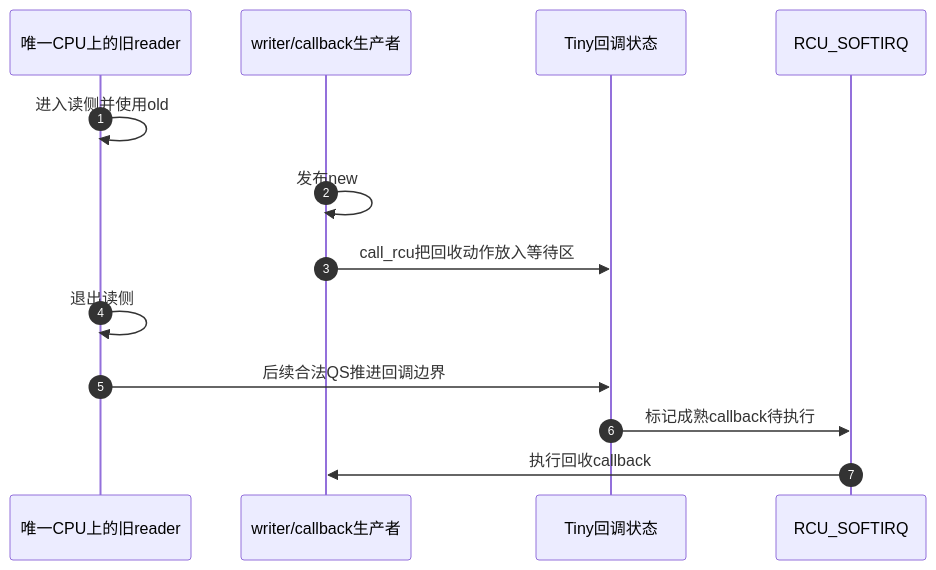
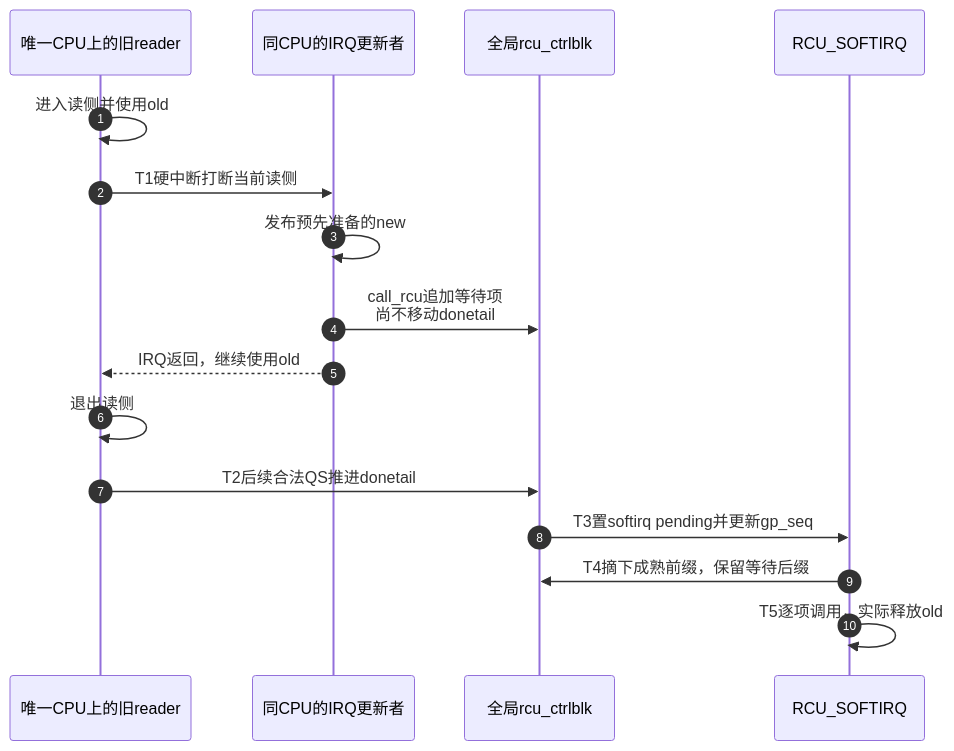
Before and after one commit to FormingSystem/linux_note: the second of 2 diagrams in knowledge/linux/synchronization_and_asynchrony/synchronization/rcu/P20_Tiny_RCU_单CPU实现.md, drawn with Mermaid. The commit also changed other lines of this file and 1 other file, not shown here.

````diff
--- a/knowledge/linux/synchronization_and_asynchrony/synchronization/rcu/P20_Tiny_RCU_单CPU实现.md
+++ b/knowledge/linux/synchronization_and_asynchrony/synchronization/rcu/P20_Tiny_RCU_单CPU实现.md
@@ -71,16 +84,19 @@
 ```mermaid
 sequenceDiagram
     autonumber
     participant R as 唯一CPU上的旧reader
-    participant W as writer/callback生产者
-    participant Q as Tiny回调状态
+    participant W as 同CPU的IRQ更新者
+    participant Q as 全局rcu_ctrlblk
     participant S as RCU_SOFTIRQ
 
     R->>R: 进入读侧并使用old
-    W->>W: 发布new
-    W->>Q: call_rcu把回收动作放入等待区
+    R->>W: T1硬中断打断当前读侧
+    W->>W: 发布预先准备的new
+    W->>Q: call_rcu追加等待项<br/>尚不移动donetail
+    W-->>R: IRQ返回，继续使用old
     R->>R: 退出读侧
-    R->>Q: 后续合法QS推进回调边界
-    Q->>S: 标记成熟callback待执行
-    S->>W: 执行回收callback
+    R->>Q: T2后续合法QS推进donetail
+    Q->>S: T3置softirq pending并更新gp_seq
+    S->>Q: T4摘下成熟前缀，保留等待后缀
+    S->>S: T5逐项调用，实际释放old
 ```
````
